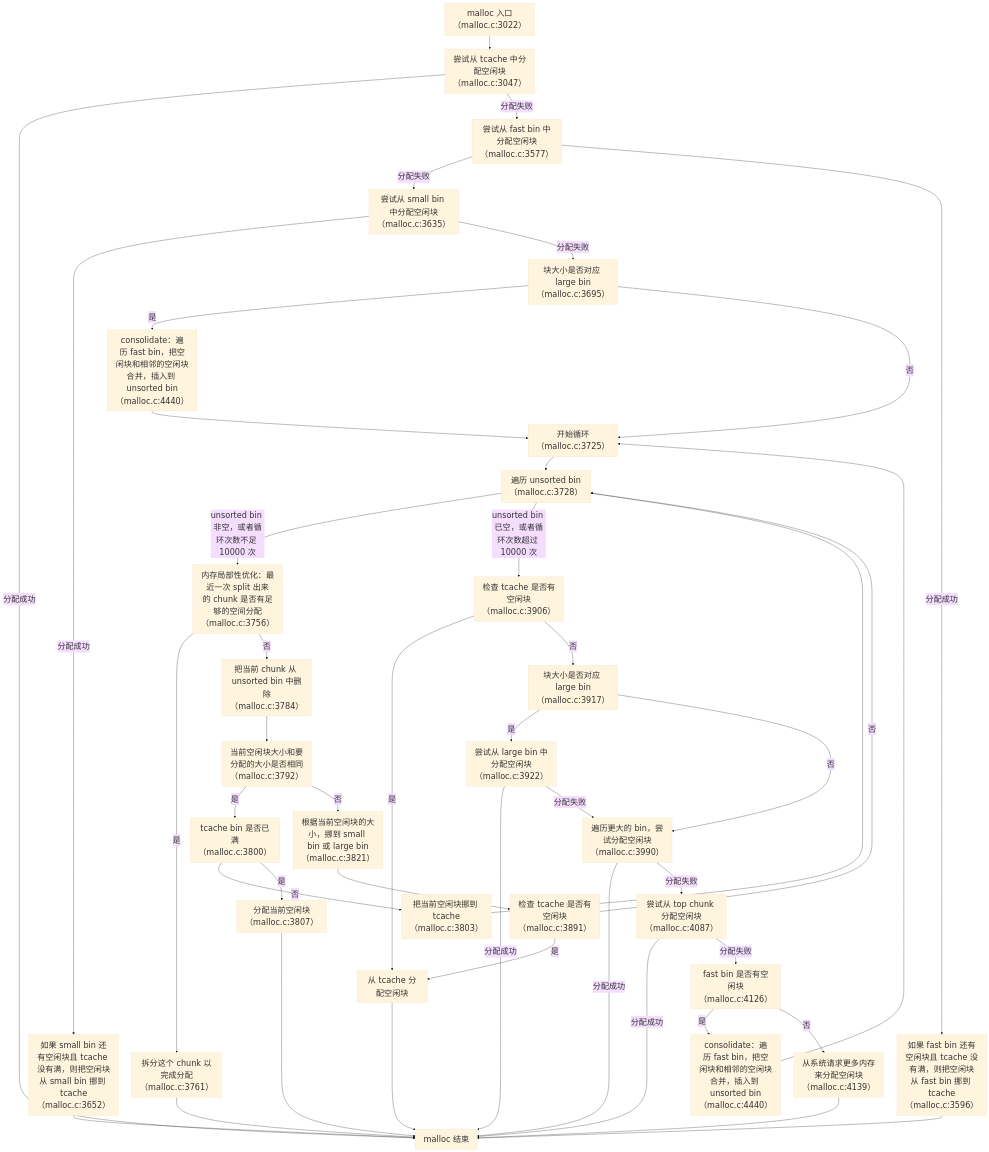
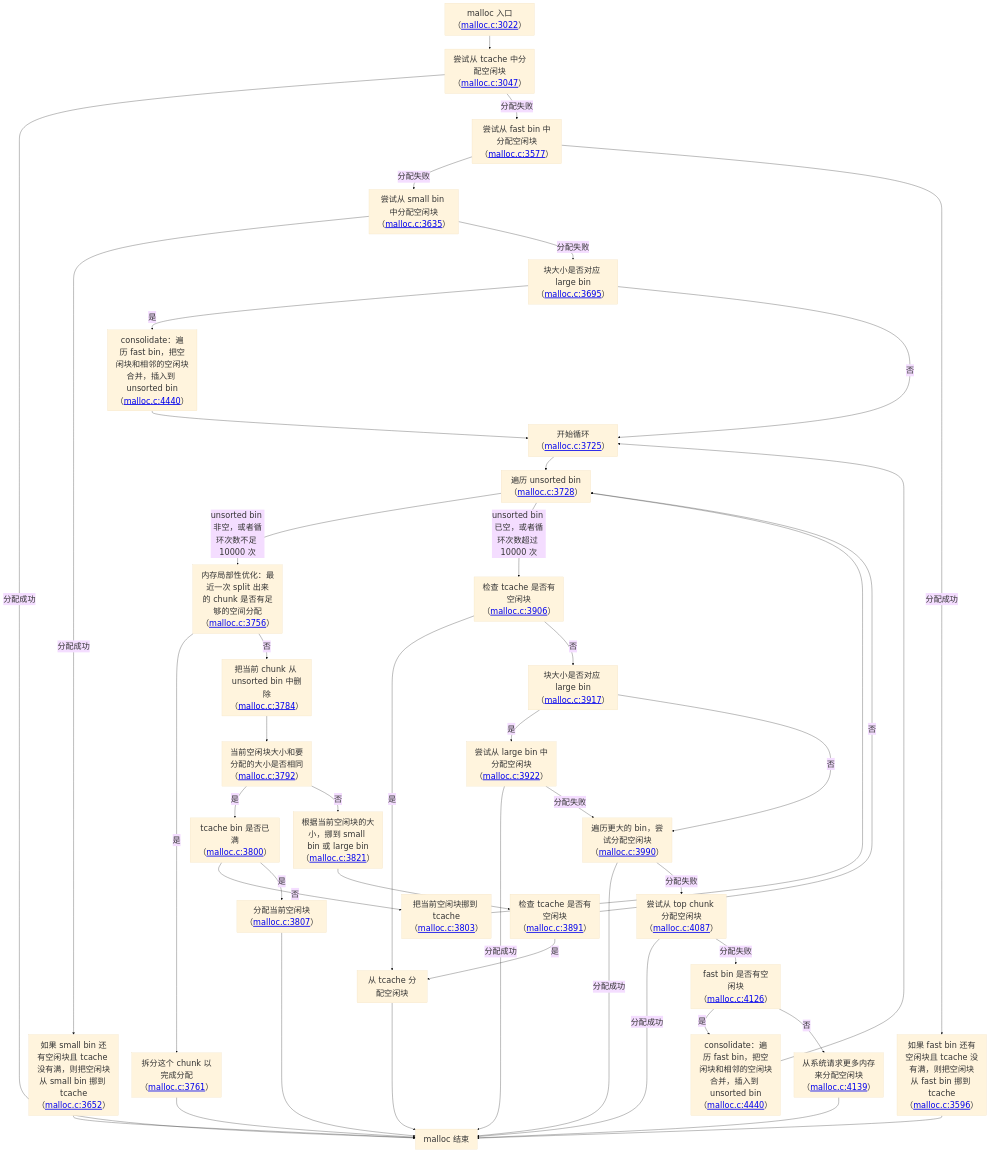
One commit to jiegec/kb changed the diagram in docs/software/glibc_allocator.md. Above: the diagram before and after it, drawn with Mermaid. The commit also changed other lines of this file, not shown here.

Commit message:
Add links

````diff
--- a/docs/software/glibc_allocator.md
+++ b/docs/software/glibc_allocator.md
@@ -1780,82 +1780,82 @@
 ```mermaid
 ---
 config:
   theme: base
   themeVariables:
     fontSize: "30px"
 ---
 flowchart TD
-    malloc[malloc 入口（malloc.c:3022）]
-    tcache[尝试从 tcache 中分配空闲块（malloc.c:3047）]
-    fastbin[尝试从 fast bin 中分配空闲块（malloc.c:3577）]
-    fastbin_migrate[如果 fast bin 还有空闲块且 tcache 没有满，则把空闲块从 fast bin 挪到 tcache（malloc.c:3596）]
-    smallbin[尝试从 small bin 中分配空闲块（malloc.c:3635）]
-    smallbin_migrate[如果 small bin 还有空闲块且 tcache 没有满，则把空闲块从 small bin 挪到 tcache（malloc.c:3652）]
+    malloc[malloc 入口（<a href="https://github.com/bminor/glibc/blob/glibc-2.31/malloc/malloc.c#L3022">malloc.c:3022</a>）]
+    tcache[尝试从 tcache 中分配空闲块（<a href="https://github.com/bminor/glibc/blob/glibc-2.31/malloc/malloc.c#L3047">malloc.c:3047</a>）]
+    fastbin[尝试从 fast bin 中分配空闲块（<a href="https://github.com/bminor/glibc/blob/glibc-2.31/malloc/malloc.c#L3577">malloc.c:3577</a>）]
+    fastbin_migrate[如果 fast bin 还有空闲块且 tcache 没有满，则把空闲块从 fast bin 挪到 tcache（<a href="https://github.com/bminor/glibc/blob/glibc-2.31/malloc/malloc.c#L3596">malloc.c:3596</a>）]
+    smallbin[尝试从 small bin 中分配空闲块（<a href="https://github.com/bminor/glibc/blob/glibc-2.31/malloc/malloc.c#L3635">malloc.c:3635</a>）]
+    smallbin_migrate[如果 small bin 还有空闲块且 tcache 没有满，则把空闲块从 small bin 挪到 tcache（<a href="https://github.com/bminor/glibc/blob/glibc-2.31/malloc/malloc.c#L3652">malloc.c:3652</a>）]
     malloc_ret[malloc 结束]
-    consolidate[consolidate：遍历 fast bin，把空闲块和相邻的空闲块合并，插入到 unsorted bin（malloc.c:4440）]
-    consolidate_2[consolidate：遍历 fast bin，把空闲块和相邻的空闲块合并，插入到 unsorted bin（malloc.c:4440）]
-    check_large[块大小是否对应 large bin（malloc.c:3695）]
-    loop[开始循环（malloc.c:3725）]
-    unsorted_bin[遍历 unsorted bin（malloc.c:3728）]
-    remainder[内存局部性优化：最近一次 split 出来的 chunk 是否有足够的空间分配（malloc.c:3756）]
-    remainder_success[拆分这个 chunk 以完成分配（malloc.c:3761）]
-    remove_unsorted_bin[把当前 chunk 从 unsorted bin 中删除（malloc.c:3784）]
-    check_same_size[当前空闲块大小和要分配的大小是否相同（malloc.c:3792）]
-    check_tcache_full[tcache bin 是否已满（malloc.c:3800）]
-    alloc_now[分配当前空闲块（malloc.c:3807）]
-    move_to_tcache[把当前空闲块挪到 tcache（malloc.c:3803）]
-    move_to_bin[根据当前空闲块的大小，挪到 small bin 或 large bin（malloc.c:3821）]
-    check_tcache[检查 tcache 是否有空闲块（malloc.c:3891）]
+    consolidate[consolidate：遍历 fast bin，把空闲块和相邻的空闲块合并，插入到 unsorted bin（<a href="https://github.com/bminor/glibc/blob/glibc-2.31/malloc/malloc.c#L4440">malloc.c:4440</a>）]
+    consolidate_2[consolidate：遍历 fast bin，把空闲块和相邻的空闲块合并，插入到 unsorted bin（<a href="https://github.com/bminor/glibc/blob/glibc-2.31/malloc/malloc.c#L4440">malloc.c:4440</a>）]
+    check_large[块大小是否对应 large bin（<a href="https://github.com/bminor/glibc/blob/glibc-2.31/malloc/malloc.c#L3695">malloc.c:3695</a>）]
+    loop[开始循环（<a href="https://github.com/bminor/glibc/blob/glibc-2.31/malloc/malloc.c#L3725">malloc.c:3725</a>）]
+    unsorted_bin[遍历 unsorted bin（<a href="https://github.com/bminor/glibc/blob/glibc-2.31/malloc/malloc.c#L3728">malloc.c:3728</a>）]
+    remainder[内存局部性优化：最近一次 split 出来的 chunk 是否有足够的空间分配（<a href="https://github.com/bminor/glibc/blob/glibc-2.31/malloc/malloc.c#L3756">malloc.c:3756</a>）]
+    remainder_success[拆分这个 chunk 以完成分配（<a href="https://github.com/bminor/glibc/blob/glibc-2.31/malloc/malloc.c#L3761">malloc.c:3761</a>）]
+    remove_unsorted_bin[把当前 chunk 从 unsorted bin 中删除（<a href="https://github.com/bminor/glibc/blob/glibc-2.31/malloc/malloc.c#L3784">malloc.c:3784</a>）]
+    check_same_size[当前空闲块大小和要分配的大小是否相同（<a href="https://github.com/bminor/glibc/blob/glibc-2.31/malloc/malloc.c#L3792">malloc.c:3792</a>）]
+    check_tcache_full[tcache bin 是否已满（<a href="https://github.com/bminor/glibc/blob/glibc-2.31/malloc/malloc.c#L3800">malloc.c:3800</a>）]
+    alloc_now[分配当前空闲块（<a href="https://github.com/bminor/glibc/blob/glibc-2.31/malloc/malloc.c#L3807">malloc.c:3807</a>）]
+    move_to_tcache[把当前空闲块挪到 tcache（<a href="https://github.com/bminor/glibc/blob/glibc-2.31/malloc/malloc.c#L3803">malloc.c:3803</a>）]
+    move_to_bin[根据当前空闲块的大小，挪到 small bin 或 large bin（<a href="https://github.com/bminor/glibc/blob/glibc-2.31/malloc/malloc.c#L3821">malloc.c:3821</a>）]
+    check_tcache[检查 tcache 是否有空闲块（<a href="https://github.com/bminor/glibc/blob/glibc-2.31/malloc/malloc.c#L3891">malloc.c:3891</a>）]
     alloc_tcache[从 tcache 分配空闲块]
-    unsorted_bin_exit[检查 tcache 是否有空闲块（malloc.c:3906）]
-    check_large_alloc[块大小是否对应 large bin（malloc.c:3917）]
-    alloc_large[尝试从 large bin 中分配空闲块（malloc.c:3922）]
-    alloc_larger[遍历更大的 bin，尝试分配空闲块（malloc.c:3990）]
-    alloc_top[尝试从 top chunk 分配空闲块（malloc.c:4087）]
-    alloc_system[从系统请求更多内存来分配空闲块（malloc.c:4139）]
-    check_fast[fast bin 是否有空闲块（malloc.c:4126）]
+    unsorted_bin_exit[检查 tcache 是否有空闲块（<a href="https://github.com/bminor/glibc/blob/glibc-2.31/malloc/malloc.c#L3906">malloc.c:3906</a>）]
+    check_large_alloc[块大小是否对应 large bin（<a href="https://github.com/bminor/glibc/blob/glibc-2.31/malloc/malloc.c#L3917">malloc.c:3917</a>）]
+    alloc_large[尝试从 large bin 中分配空闲块（<a href="https://github.com/bminor/glibc/blob/glibc-2.31/malloc/malloc.c#L3922">malloc.c:3922</a>）]
+    alloc_larger[遍历更大的 bin，尝试分配空闲块（<a href="https://github.com/bminor/glibc/blob/glibc-2.31/malloc/malloc.c#L3990">malloc.c:3990</a>）]
+    alloc_top[尝试从 top chunk 分配空闲块（<a href="https://github.com/bminor/glibc/blob/glibc-2.31/malloc/malloc.c#L4087">malloc.c:4087</a>）]
+    alloc_system[从系统请求更多内存来分配空闲块（<a href="https://github.com/bminor/glibc/blob/glibc-2.31/malloc/malloc.c#L4139">malloc.c:4139</a>）]
+    check_fast[fast bin 是否有空闲块（<a href="https://github.com/bminor/glibc/blob/glibc-2.31/malloc/malloc.c#L4126">malloc.c:4126</a>）]
 
     malloc --> tcache
     tcache -->|分配成功| malloc_ret
     tcache -->|分配失败| fastbin
     fastbin -->|分配失败| smallbin
     fastbin -->|分配成功| fastbin_migrate 
     fastbin_migrate --> malloc_ret
     smallbin -->|分配成功| smallbin_migrate
     smallbin_migrate --> malloc_ret
     smallbin -->|分配失败| check_large
     check_large -->|是| consolidate
     check_large -->|否| loop
     consolidate --> loop
     loop --> unsorted_bin
     unsorted_bin -->|unsorted bin 非空，或者循环次数不足 10000 次| remainder
     remainder -->|是| remainder_success
     remainder_success --> malloc_ret
     remainder -->|否| remove_unsorted_bin
     remove_unsorted_bin --> check_same_size
     check_same_size -->|是| check_tcache_full
     check_tcache_full -->|否| move_to_tcache
     check_tcache_full --> |是| alloc_now
     alloc_now --> malloc_ret
     move_to_tcache --> unsorted_bin
     check_same_size -->|否| move_to_bin
     move_to_bin --> check_tcache
     check_tcache -->|是| alloc_tcache
     alloc_tcache --> malloc_ret
     check_tcache -->|否| unsorted_bin
     unsorted_bin -->|unsorted bin 已空，或者循环次数超过 10000 次| unsorted_bin_exit
     unsorted_bin_exit -->|是| alloc_tcache
     unsorted_bin_exit -->|否| check_large_alloc
     check_large_alloc -->|是| alloc_large
     alloc_large -->|分配成功| malloc_ret
     alloc_large -->|分配失败| alloc_larger
     check_large_alloc -->|否| alloc_larger
     alloc_larger -->|分配成功| malloc_ret
     alloc_larger -->|分配失败| alloc_top
     alloc_top -->|分配成功| malloc_ret
     alloc_top -->|分配失败| check_fast
     check_fast -->|是| consolidate_2
     consolidate_2 --> loop
     check_fast -->|否| alloc_system
     alloc_system --> malloc_ret
 ```
````
